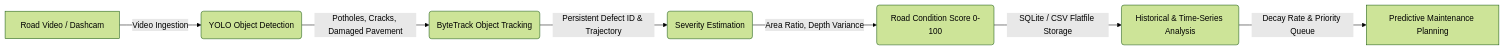
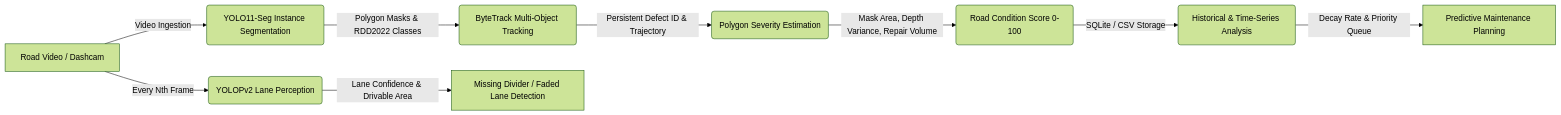
Before and after one commit to prathameshmowade/urbansense-ai: the first of 2 diagrams in README.md, drawn with Mermaid (forest theme). The commit also changed other lines of this file and 6 other files, not shown here.

Commit message:
feat: upgrade edge AI architecture to YOLO11-Seg, YOLOPv2 panoptic perception, and RDD2022 taxonomy

````diff
--- a/README.md
+++ b/README.md
@@ -31,9 +41,11 @@
 ```mermaid
 graph LR
-    A[Road Video / Dashcam] -->|Video Ingestion| B(YOLO Object Detection)
-    B -->|Potholes, Cracks, Damaged Pavement| C(ByteTrack Object Tracking)
-    C -->|Persistent Defect ID & Trajectory| D(Severity Estimation)
-    D -->|Area Ratio, Depth Variance| E(Road Condition Score 0-100)
-    E -->|SQLite / CSV Flatfile Storage| F(Historical & Time-Series Analysis)
+    A[Road Video / Dashcam] -->|Video Ingestion| B(YOLO11-Seg Instance Segmentation)
+    B -->|Polygon Masks & RDD2022 Classes| C(ByteTrack Multi-Object Tracking)
+    C -->|Persistent Defect ID & Trajectory| D(Polygon Severity Estimation)
+    D -->|Mask Area, Depth Variance, Repair Volume| E(Road Condition Score 0-100)
+    E -->|SQLite / CSV Storage| F(Historical & Time-Series Analysis)
     F -->|Decay Rate & Priority Queue| G[Predictive Maintenance Planning]
+    A -->|Every Nth Frame| H(YOLOPv2 Lane Perception)
+    H -->|Lane Confidence & Drivable Area| I[Missing Divider / Faded Lane Detection]
 ```
````
